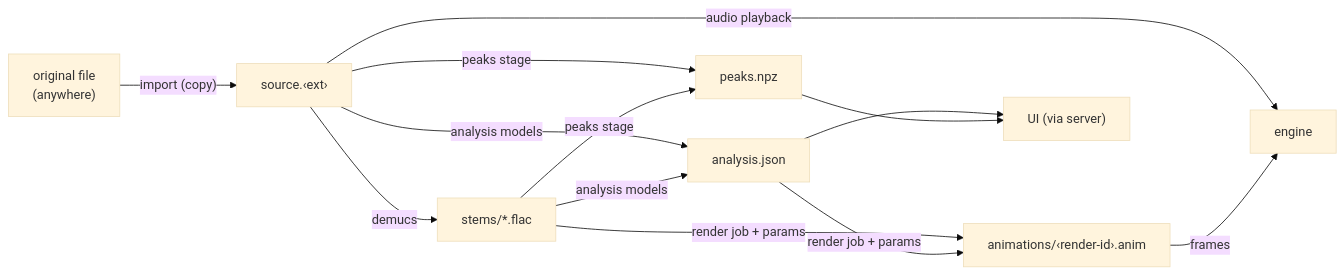
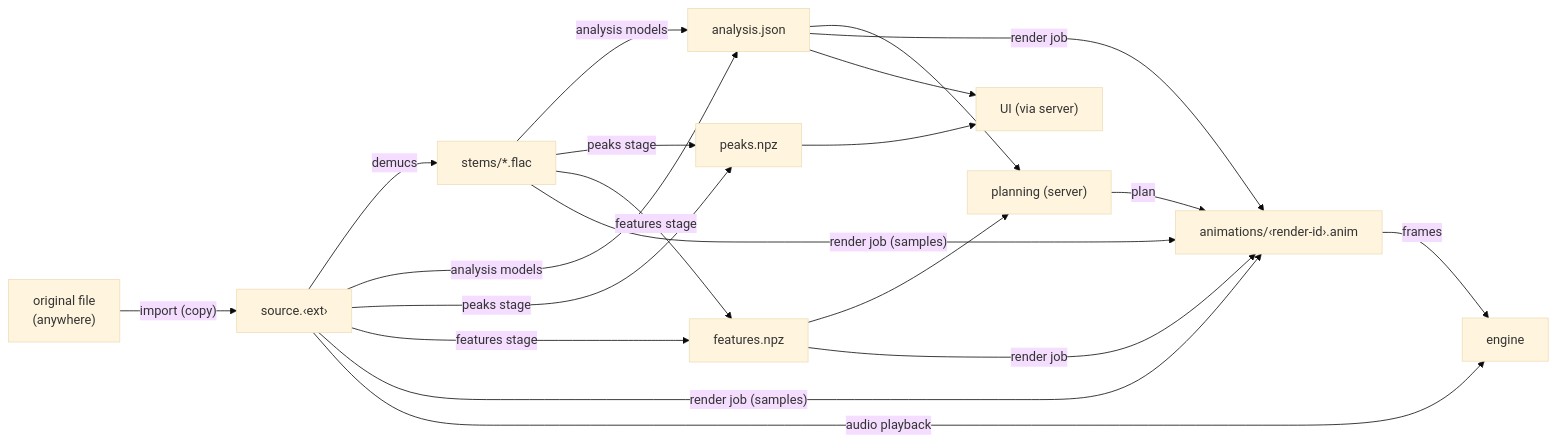
Before and after one commit to tylerclindsay/volu_disp: the second of 2 diagrams in docs/architecture.md, drawn with Mermaid (base theme). The commit also changed other lines of this file and 15 other files, not shown here.

First line of the commit message:
Display FPS 30-480, stem features (0012), architecture consistency pass

````diff
--- a/docs/architecture.md
+++ b/docs/architecture.md
@@ -353,24 +387,33 @@
 ```mermaid
 flowchart LR
     ORIG["original file<br/>(anywhere)"]
     SRC["source.‹ext›"]
     STEMS["stems/*.flac"]
     AJ["analysis.json"]
     PK["peaks.npz"]
+    FT["features.npz"]
     ANIM["animations/‹render-id›.anim"]
     ENG["engine"]
     UI["UI (via server)"]
+    PLAN["planning (server)"]
 
     ORIG -->|"import (copy)"| SRC
     SRC -->|"demucs"| STEMS
     SRC -->|"analysis models"| AJ
     STEMS -->|"analysis models"| AJ
     SRC -->|"peaks stage"| PK
     STEMS -->|"peaks stage"| PK
-    STEMS -->|"render job + params"| ANIM
-    AJ -->|"render job + params"| ANIM
+    SRC -->|"features stage"| FT
+    STEMS -->|"features stage"| FT
+    AJ --> PLAN
+    FT --> PLAN
+    PLAN -->|"plan"| ANIM
+    SRC -->|"render job (samples)"| ANIM
+    STEMS -->|"render job (samples)"| ANIM
+    AJ -->|"render job"| ANIM
+    FT -->|"render job"| ANIM
     SRC -->|"audio playback"| ENG
     ANIM -->|"frames"| ENG
     AJ --> UI
     PK --> UI
 ```
````
